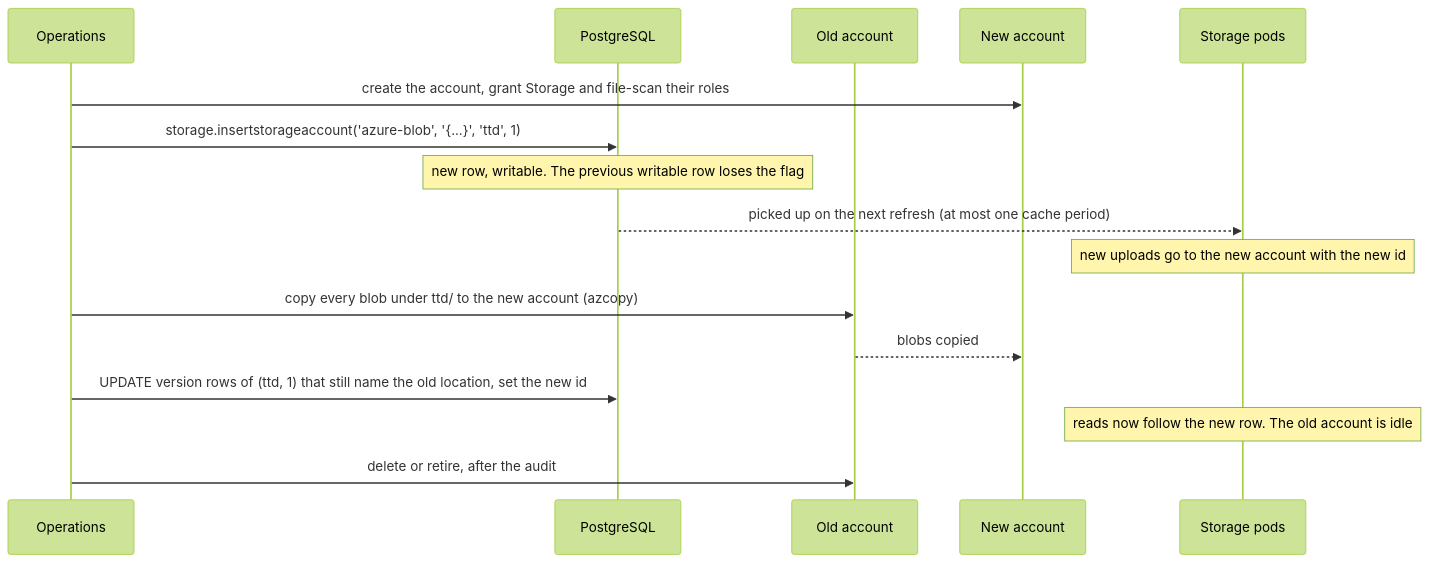
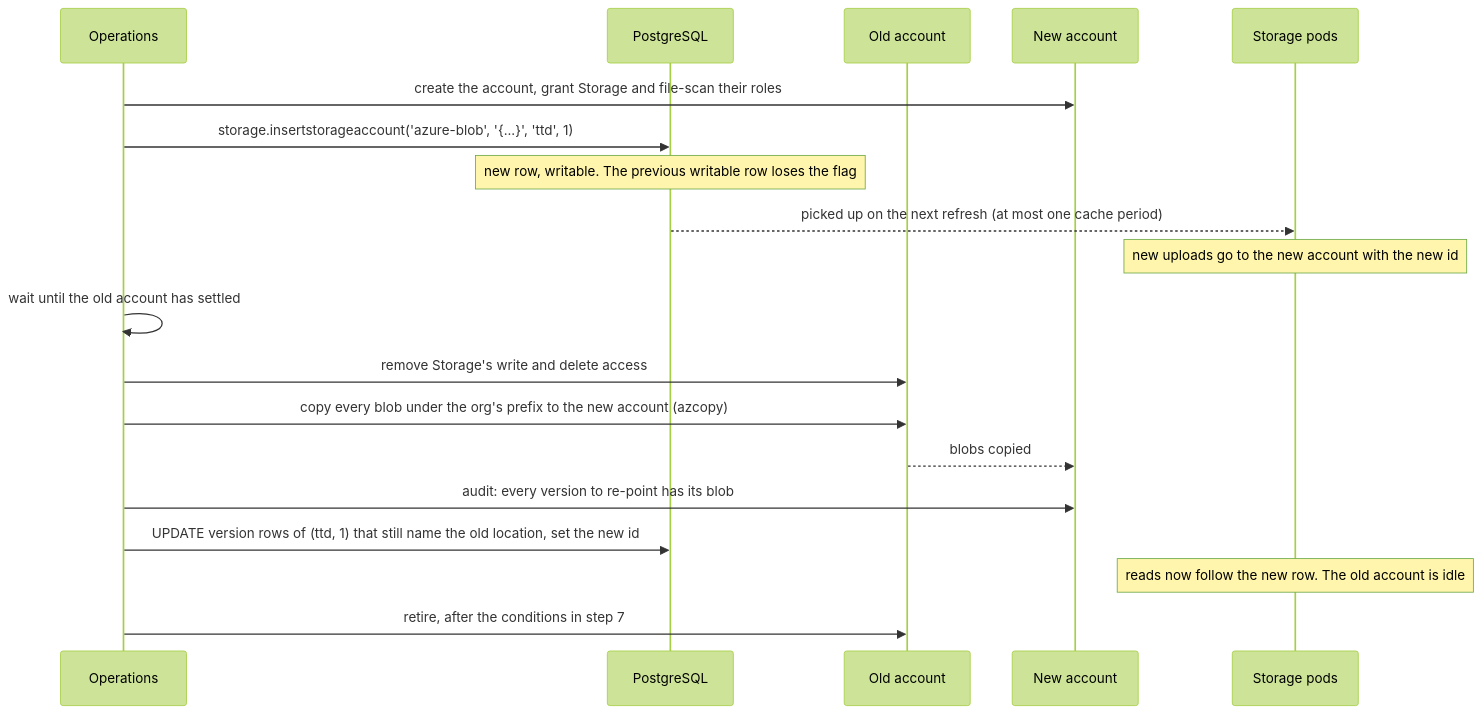
The fifth of 5 diagrams in docs/storage-accounts.md (Altinn/altinn-storage), drawn with Mermaid (forest theme) before and after one commit. The commit also changed other lines of this file and 18 other files, not shown here.

````diff
--- a/docs/storage-accounts.md
+++ b/docs/storage-accounts.md
@@ -193,19 +231,22 @@
 ```mermaid
 sequenceDiagram
     participant Ops as Operations
     participant DB as PostgreSQL
     participant Old as Old account
     participant New as New account
     participant Pods as Storage pods
 
     Ops->>New: create the account, grant Storage and file-scan their roles
     Ops->>DB: storage.insertstorageaccount('azure-blob', '{...}', 'ttd', 1)
     Note over DB: new row, writable. The previous writable row loses the flag
     DB-->>Pods: picked up on the next refresh (at most one cache period)
     Note over Pods: new uploads go to the new account with the new id
-    Ops->>Old: copy every blob under ttd/ to the new account (azcopy)
+    Ops->>Ops: wait until the old account has settled
+    Ops->>Old: remove Storage's write and delete access
+    Ops->>Old: copy every blob under the org's prefix to the new account (azcopy)
     Old-->>New: blobs copied
+    Ops->>New: audit: every version to re-point has its blob
     Ops->>DB: UPDATE version rows of (ttd, 1) that still name the old location, set the new id
     Note over Pods: reads now follow the new row. The old account is idle
-    Ops->>Old: delete or retire, after the audit
+    Ops->>Old: retire, after the conditions in step 7
 ```
````
